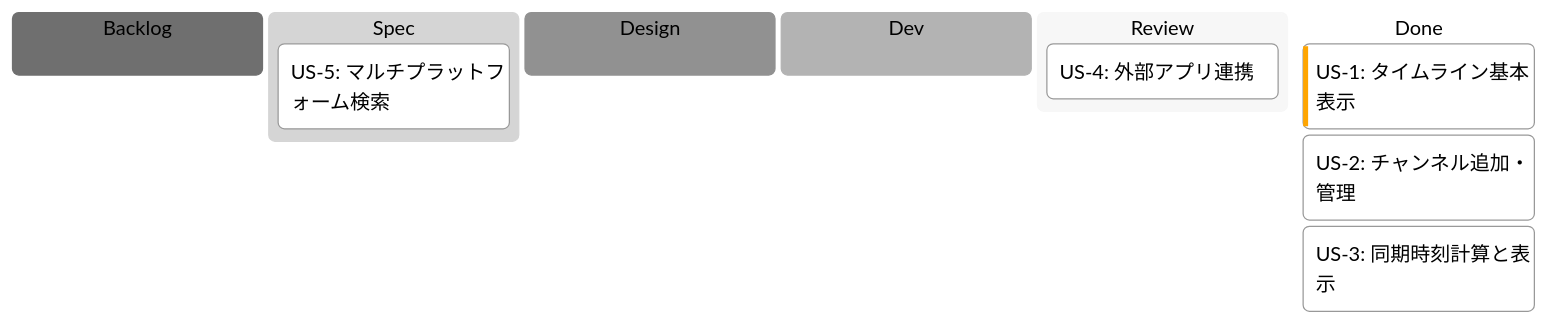
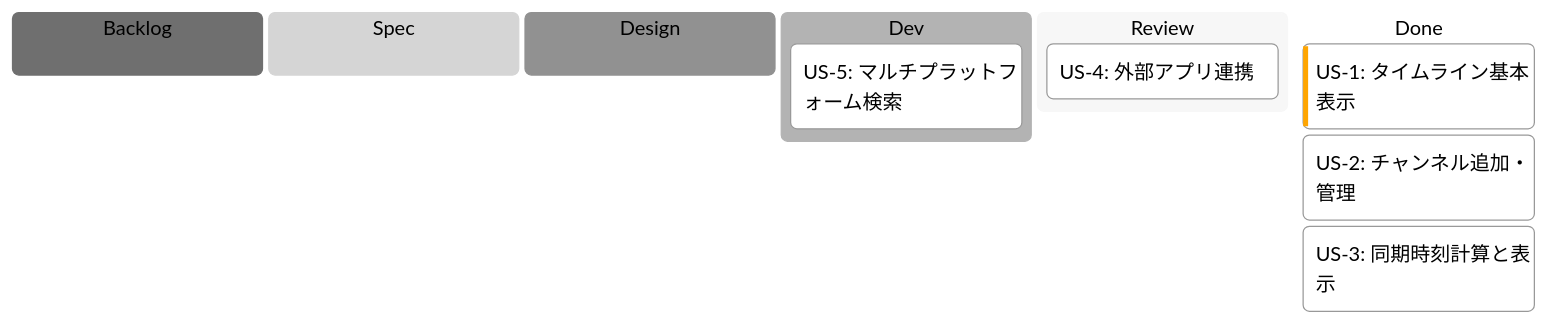
The first of 2 diagrams in implement-context/timeline-sync/EPIC.md (saki0000/collab-stream), drawn with Mermaid (neutral theme) before and after one commit. The commit also changed other lines of this file and 20 other files, not shown here.

First line of the commit message:
feat: マルチプラットフォームチャンネル検索機能を実装（Timeline Sync US-5）

````diff
--- a/implement-context/timeline-sync/EPIC.md
+++ b/implement-context/timeline-sync/EPIC.md
@@ -27,19 +27,19 @@
 ```mermaid
 ---
 config:
   kanban:
     ticketBaseUrl: ''
 ---
 kanban
   backlog[Backlog]
   spec[Spec]
-    us5[US-5: マルチプラットフォーム検索]
   design[Design]
   dev[Dev]
+    us5[US-5: マルチプラットフォーム検索]
   review[Review]
     us4[US-4: 外部アプリ連携]
   done[Done]
     us1[US-1: タイムライン基本表示]@{ priority: 'High' }
     us2[US-2: チャンネル追加・管理]
     us3[US-3: 同期時刻計算と表示]
 ```
````
